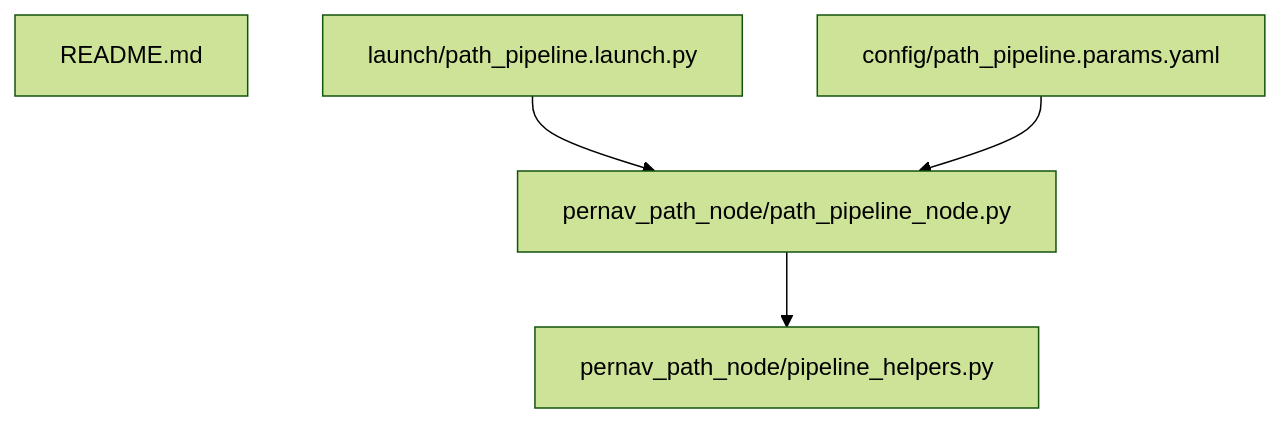
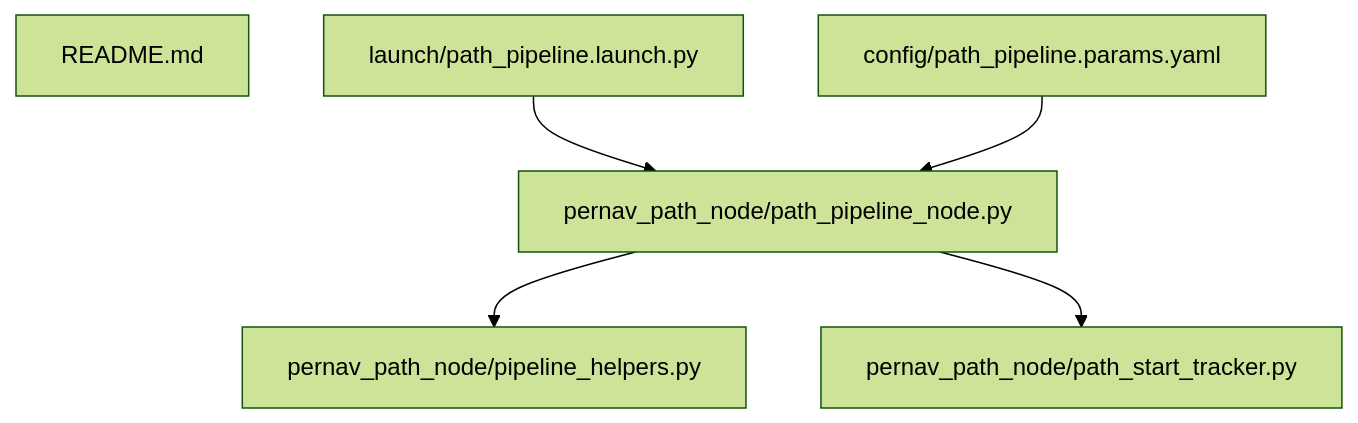
Before and after one commit to burakFM/pernav_path_detection: the third of 3 diagrams in pernav_path_node/README.md, drawn with Mermaid (forest theme). The commit also changed other lines of this file and 10 other files, not shown here.

````diff
--- a/pernav_path_node/README.md
+++ b/pernav_path_node/README.md
@@ -82,11 +238,12 @@
 ```mermaid
 flowchart TB
     A[README.md]
     B[launch/path_pipeline.launch.py]
     C[config/path_pipeline.params.yaml]
     D[pernav_path_node/path_pipeline_node.py]
     E[pernav_path_node/pipeline_helpers.py]
     B --> D
     C --> D
     D --> E
+    D --> T[pernav_path_node/path_start_tracker.py]
 ```
````
